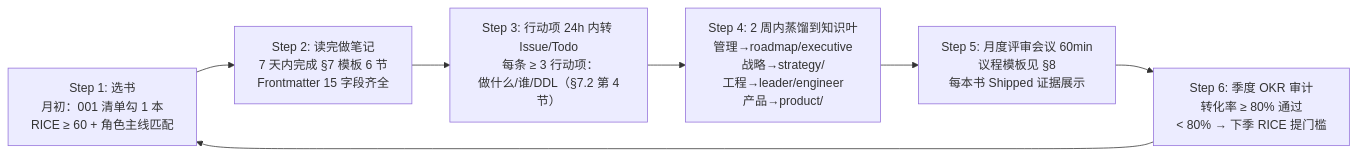
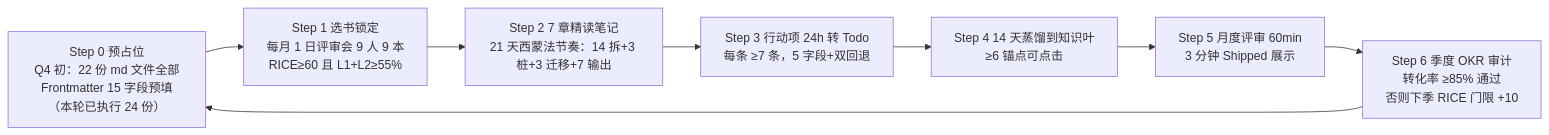
One commit to effiy/YrY changed the third of 3 diagrams in YiKnowledge/executive/reading-list/README.md. Above: the diagram before and after it, drawn with Mermaid. The commit also changed other lines of this file and 143 other files, not shown here.

````diff
--- a/YiKnowledge/executive/reading-list/README.md
+++ b/YiKnowledge/executive/reading-list/README.md
@@ -199,12 +232,13 @@
 ```mermaid
 flowchart LR
-S1[Step 1: 选书\n 月初：001 清单勾 1 本\n RICE ≥ 60 + 角色主线匹配]
-S2[Step 2: 读完做笔记\n 7 天内完成 §7 模板 6 节\n Frontmatter 15 字段齐全]
-S3[Step 3: 行动项 24h 内转 Issue/Todo\n 每条 ≥ 3 行动项：\n 做什么/谁/DDL（§7.2 第 4 节）]
-S4[Step 4: 2 周内蒸馏到知识叶\n 管理→roadmap/executive\n 战略→strategy/\n 工程→leader/engineer\n 产品→product/]
-S5[Step 5: 月度评审会议 60min\n 议程模板见 §8\n 每本书 Shipped 证据展示]
-S6[Step 6: 季度 OKR 审计\n 转化率 ≥ 80% 通过\n < 80% → 下季 RICE 提门槛]
+S0["Step 0 预占位<br/>Q4 初：22 份 md 文件全部<br/>Frontmatter 15 字段预填（本轮已执行 24 份）"]
+S1["Step 1 选书锁定<br/>每月 1 日评审会 9 人 9 本<br/>RICE≥60 且 L1+L2≥55%"]
+S2["Step 2 7 章精读笔记<br/>21 天西蒙法节奏：14 拆+3 桩+3 迁移+7 输出"]
+S3["Step 3 行动项 24h 转 Todo<br/>每条 ≥7 条，5 字段+双回退"]
+S4["Step 4 14 天蒸馏到知识叶<br/>≥6 锚点可点击"]
+S5["Step 5 月度评审 60min<br/>3 分钟 Shipped 展示"]
+S6["Step 6 季度 OKR 审计<br/>转化率 ≥85% 通过<br/>否则下季 RICE 门限 +10"]
 
-S1 --> S2 --> S3 --> S4 --> S5 --> S6
-S6 --> S1
+S0 --> S1 --> S2 --> S3 --> S4 --> S5 --> S6
+S6 --> S0
 ```
````
